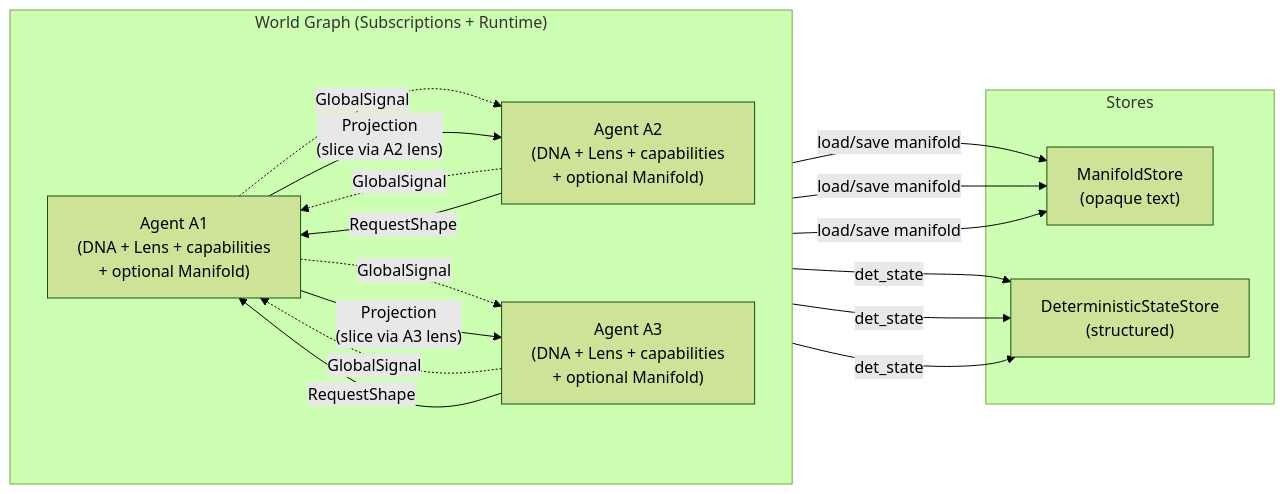
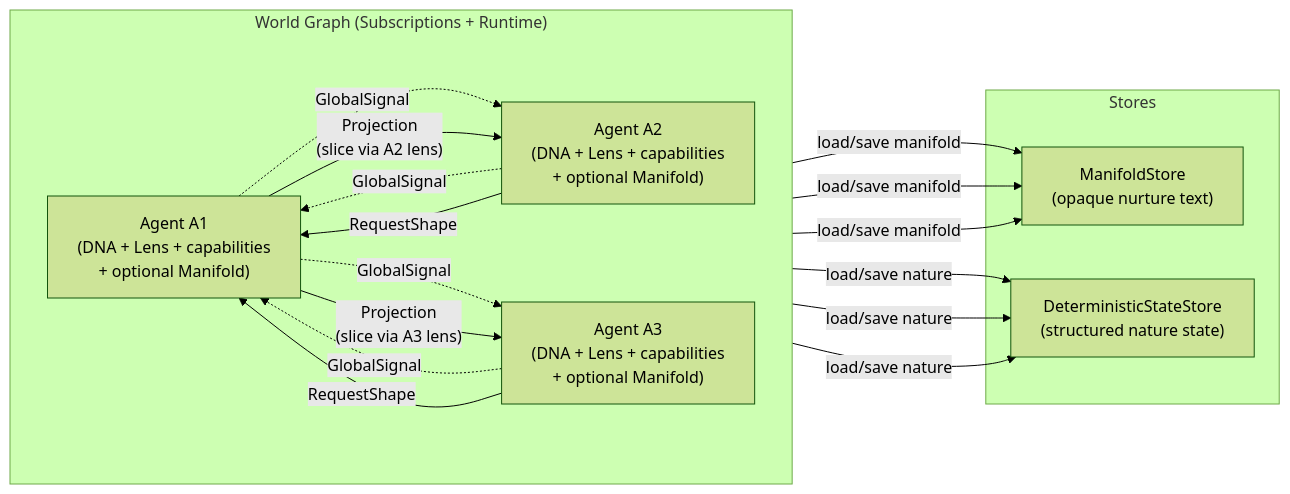
The second of 4 diagrams in README.md (evanfollis/synaplex), drawn with Mermaid (forest theme) before and after one commit. The commit also changed other lines of this file, not shown here.

````diff
--- a/README.md
+++ b/README.md
@@ -185,36 +225,36 @@
 ```mermaid
 flowchart LR
     subgraph World["World Graph (Subscriptions + Runtime)"]
         direction LR
         A1["Agent A1<br>(DNA + Lens + capabilities<br>+ optional Manifold)"]
         A2["Agent A2<br>(DNA + Lens + capabilities<br>+ optional Manifold)"]
         A3["Agent A3<br>(DNA + Lens + capabilities<br>+ optional Manifold)"]
     end
 
     subgraph Stores["Stores"]
-        MStore["ManifoldStore<br>(opaque text)"]
-        DStore["DeterministicStateStore<br>(structured)"]
+        MStore["ManifoldStore<br>(opaque nurture text)"]
+        DStore["DeterministicStateStore<br>(structured nature state)"]
     end
 
     %% State links
     A1 -->|load/save manifold| MStore
     A2 -->|load/save manifold| MStore
     A3 -->|load/save manifold| MStore
 
-    A1 -->|det_state| DStore
-    A2 -->|det_state| DStore
-    A3 -->|det_state| DStore
+    A1 -->|load/save nature| DStore
+    A2 -->|load/save nature| DStore
+    A3 -->|load/save nature| DStore
 
     %% Global signals (broadcast-ish, sender-owned)
     A1 -. GlobalSignal .-> A2
     A1 -. GlobalSignal .-> A3
     A2 -. GlobalSignal .-> A1
     A3 -. GlobalSignal .-> A1
 
     %% Projections (lens-conditioned, receiver-owned semantics)
     A2 -->|RequestShape| A1
     A1 -->|"Projection\n(slice via A2 lens)"| A2
 
     A3 -->|RequestShape| A1
     A1 -->|"Projection\n(slice via A3 lens)"| A3
 ```
````
